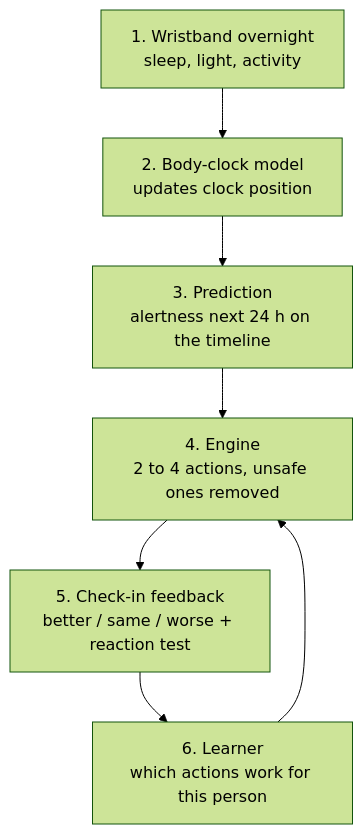
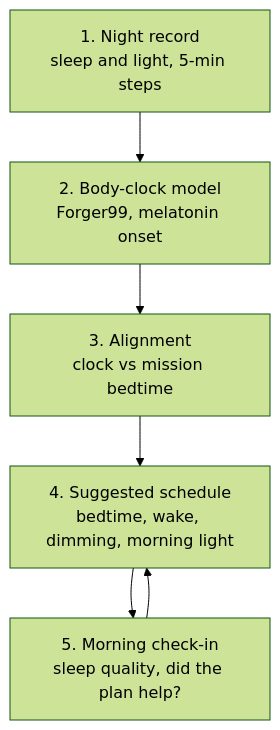
Before and after one commit to CynthiaSalazarB/Nasa: the second of 2 diagrams in docs/DATA_FLOW.md, drawn with Mermaid (forest theme). The commit also changed other lines of this file, not shown here.

Commit message:
docs: data flow for ORBITAL (sleep pivot)

````diff
--- a/docs/DATA_FLOW.md
+++ b/docs/DATA_FLOW.md
@@ -37,9 +34,8 @@
 ```mermaid
 flowchart TD
-  W["1. Wristband overnight<br/>sleep, light, activity"] --> M["2. Body-clock model<br/>updates clock position"]
-  M --> P["3. Prediction<br/>alertness next 24 h on the timeline"]
-  P --> E["4. Engine<br/>2 to 4 actions, unsafe ones removed"]
-  E --> F["5. Check-in feedback<br/>better / same / worse + reaction test"]
-  F --> L["6. Learner<br/>which actions work for this person"]
-  L --> E
+  W["1. Night record<br/>sleep and light, 5-min steps"] --> M["2. Body-clock model<br/>Forger99, melatonin onset"]
+  M --> A["3. Alignment<br/>clock vs mission bedtime"]
+  A --> S["4. Suggested schedule<br/>bedtime, wake, dimming, morning light"]
+  S --> F["5. Morning check-in<br/>sleep quality, did the plan help?"]
+  F --> S
 ```
````
